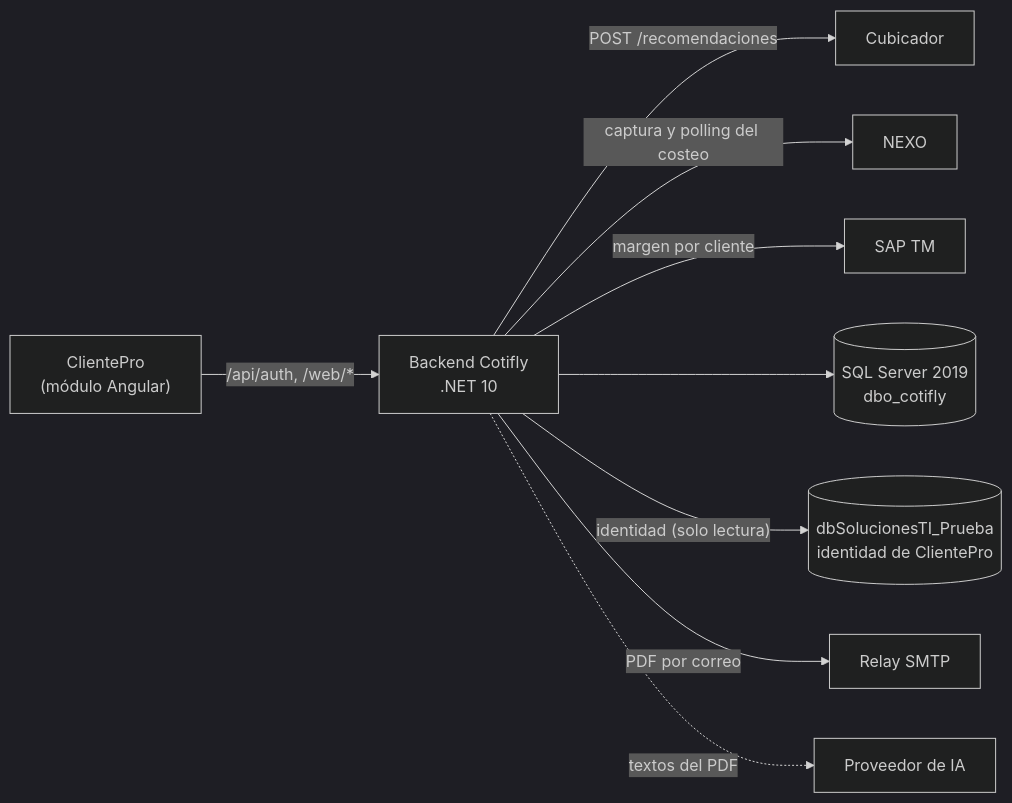
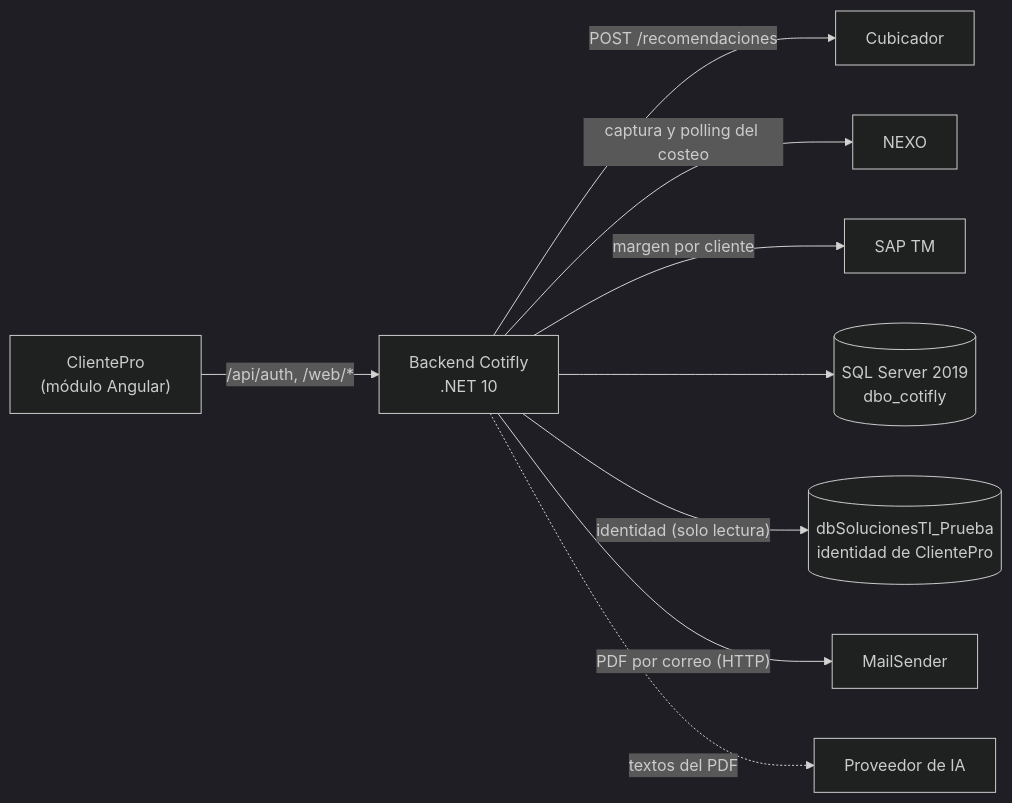
The diagram in README.md (InnovacionIA-proyectos/Cotifly), drawn with Mermaid (dark theme) before and after one commit. The commit also changed other lines of this file and 25 other files, not shown here.

````diff
--- a/README.md
+++ b/README.md
@@ -16,11 +17,11 @@
 ```mermaid
 flowchart LR
     CP["ClientePro<br/>(módulo Angular)"] -->|"/api/auth, /web/*"| API["Backend Cotifly<br/>.NET 10"]
     API -->|"POST /recomendaciones"| CUB["Cubicador"]
     API -->|"captura y polling del costeo"| NEXO["NEXO"]
     API -->|"margen por cliente"| SAP["SAP TM"]
     API --> DB[("SQL Server 2019<br/>dbo_cotifly")]
     API -->|"identidad (solo lectura)"| ID[("dbSolucionesTI_Prueba<br/>identidad de ClientePro")]
-    API -->|"PDF por correo"| SMTP["Relay SMTP"]
+    API -->|"PDF por correo (HTTP)"| MS["MailSender"]
     API -.->|"textos del PDF"| IA["Proveedor de IA"]
 ```
````
